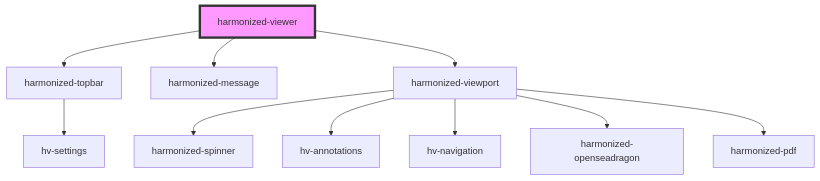
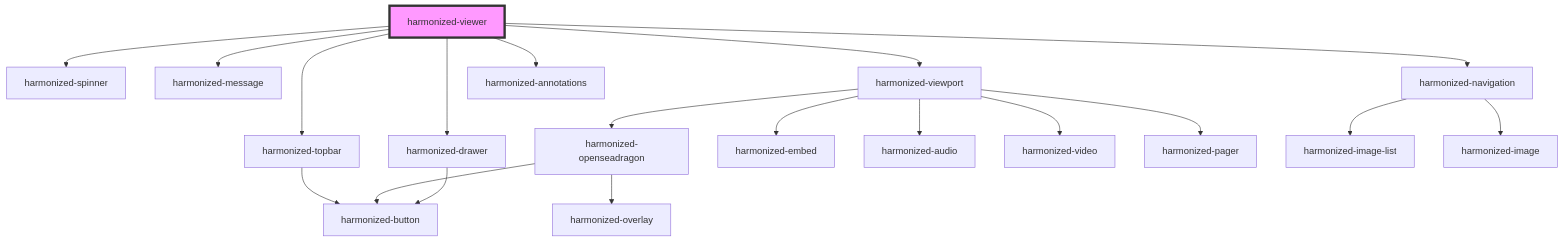
One commit to bac-lac/lac-harmonized-viewer changed the diagram in src/components/viewer-component/readme.md. Above: the diagram before and after it, drawn with Mermaid. The commit also changed other lines of this file and 17 other files, not shown here.

````diff
--- a/src/components/viewer-component/readme.md
+++ b/src/components/viewer-component/readme.md
@@ -29,13 +163,22 @@
 ```mermaid
 graph TD;
+  harmonized-viewer --> harmonized-spinner
+  harmonized-viewer --> harmonized-message
   harmonized-viewer --> harmonized-topbar
-  harmonized-viewer --> harmonized-message
   harmonized-viewer --> harmonized-viewport
-  harmonized-topbar --> hv-settings
-  harmonized-viewport --> harmonized-spinner
-  harmonized-viewport --> hv-annotations
-  harmonized-viewport --> hv-navigation
+  harmonized-viewer --> harmonized-navigation
+  harmonized-viewer --> harmonized-drawer
+  harmonized-viewer --> harmonized-annotations
+  harmonized-topbar --> harmonized-button
   harmonized-viewport --> harmonized-openseadragon
-  harmonized-viewport --> harmonized-pdf
+  harmonized-viewport --> harmonized-embed
+  harmonized-viewport --> harmonized-audio
+  harmonized-viewport --> harmonized-video
+  harmonized-viewport --> harmonized-pager
+  harmonized-openseadragon --> harmonized-button
+  harmonized-openseadragon --> harmonized-overlay
+  harmonized-navigation --> harmonized-image-list
+  harmonized-navigation --> harmonized-image
+  harmonized-drawer --> harmonized-button
   style harmonized-viewer fill:#f9f,stroke:#333,stroke-width:4px
 ```
````
